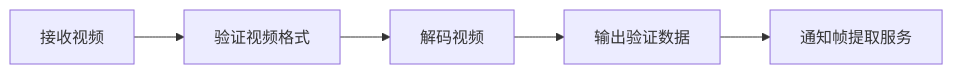
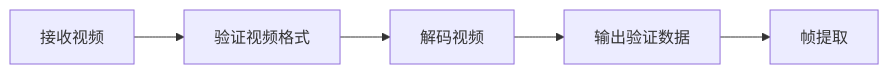
Before and after one commit to yuantming/learninggit: the diagram in 视频处理.md, drawn with Mermaid.

````diff
--- a/视频处理.md
+++ b/视频处理.md
@@ -8,7 +8,7 @@
 ```mermaid
 graph LR
     A[接收视频] --> B[验证视频格式]
     B --> C[解码视频]
     C --> D[输出验证数据]
-    D --> E[通知帧提取服务]
+    D --> E[帧提取]
 ```
````
